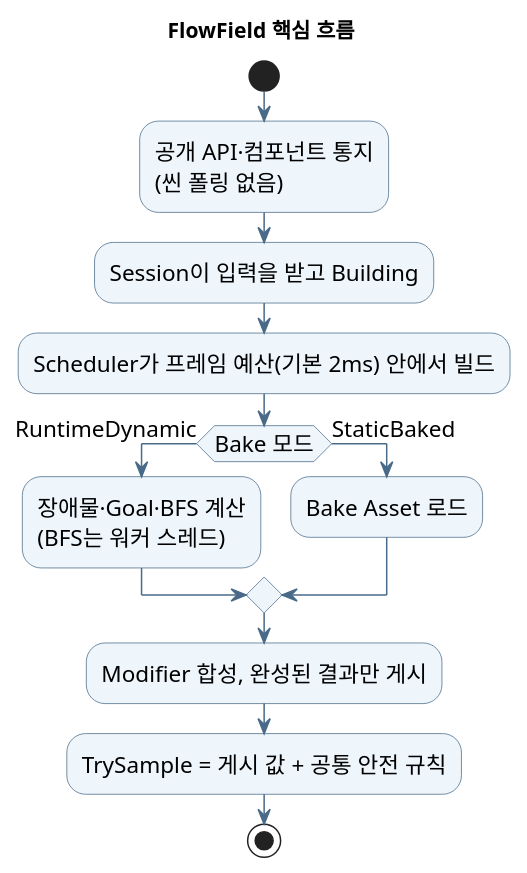
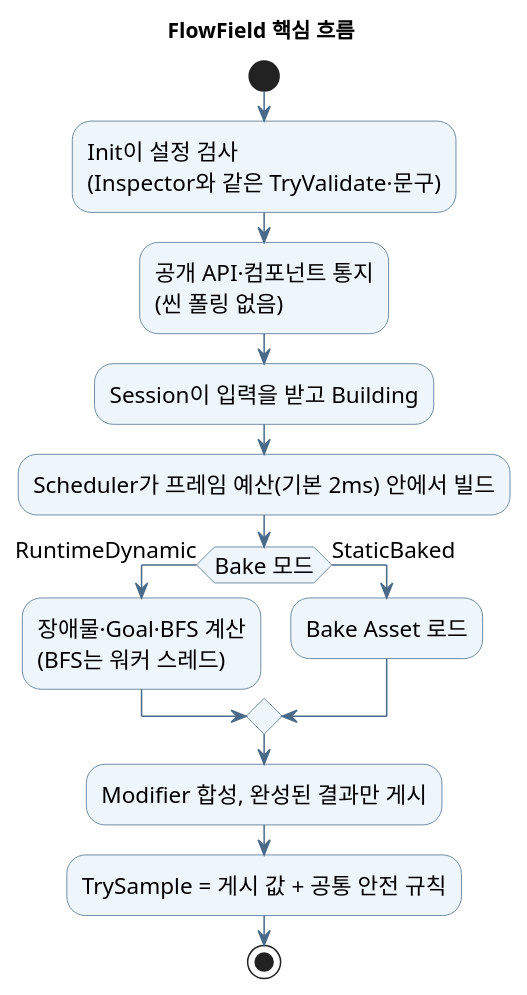
One commit to youwonsock/tool-unity-editor changed the diagram in ToyProject/Assets/_FlowField/Docs/flowfield-uml.puml. Above: the diagram before and after it, drawn with PlantUML. The commit also changed 7 other files, not shown here.

Commit message:
README·TechnicalNotes와 PlantUML 3개를 Session 소유 불확실 영역과 한 경로 검사에 맞추고 PNG를 다시 렌더링함

```diff
--- a/ToyProject/Assets/_FlowField/Docs/flowfield-uml.puml
+++ b/ToyProject/Assets/_FlowField/Docs/flowfield-uml.puml
@@ -1,24 +1,25 @@
 @startuml flowfield-uml
 skinparam shadowing false
 skinparam defaultFontName "Apple SD Gothic Neo"
 skinparam defaultFontSize 15
 skinparam ArrowColor #496A88
 skinparam ActivityBackgroundColor #EEF5FB
 skinparam ActivityBorderColor #496A88
 skinparam ActivityDiamondBackgroundColor #EEF5FB
 skinparam ActivityDiamondBorderColor #496A88
 title FlowField 핵심 흐름
 
 start
+:Init이 설정 검사\n(Inspector와 같은 TryValidate·문구);
 :공개 API·컴포넌트 통지\n(씬 폴링 없음);
 :Session이 입력을 받고 Building;
 :Scheduler가 프레임 예산(기본 2ms) 안에서 빌드;
 if (Bake 모드) then (RuntimeDynamic)
   :장애물·Goal·BFS 계산\n(BFS는 워커 스레드);
 else (StaticBaked)
   :Bake Asset 로드;
 endif
 :Modifier 합성, 완성된 결과만 게시;
 :TrySample = 게시 값 + 공통 안전 규칙;
 stop
 @enduml
```
